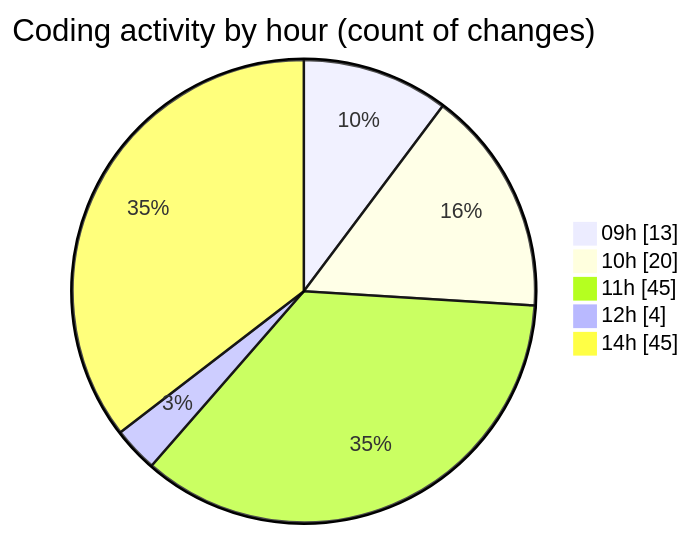
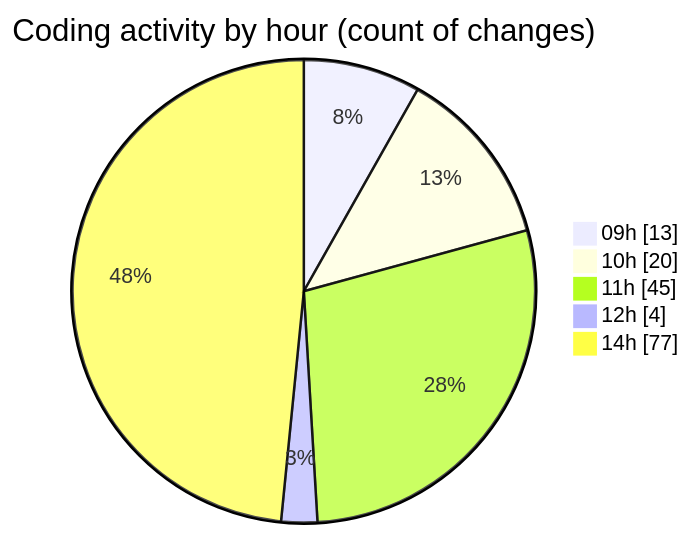
Before and after one commit to momahboobian/code-tracking: the second of 2 diagrams in 2026-04-29/cda/README.md, drawn with Mermaid. The commit also changed other lines of this file and 1 other file, not shown here.

````diff
--- a/2026-04-29/cda/README.md
+++ b/2026-04-29/cda/README.md
@@ -64,9 +65,9 @@
 ```mermaid
 pie showData
 title Coding activity by hour (count of changes)
 "09h" : 13
 "10h" : 20
 "11h" : 45
 "12h" : 4
-"14h" : 45
+"14h" : 77
 ```
````
